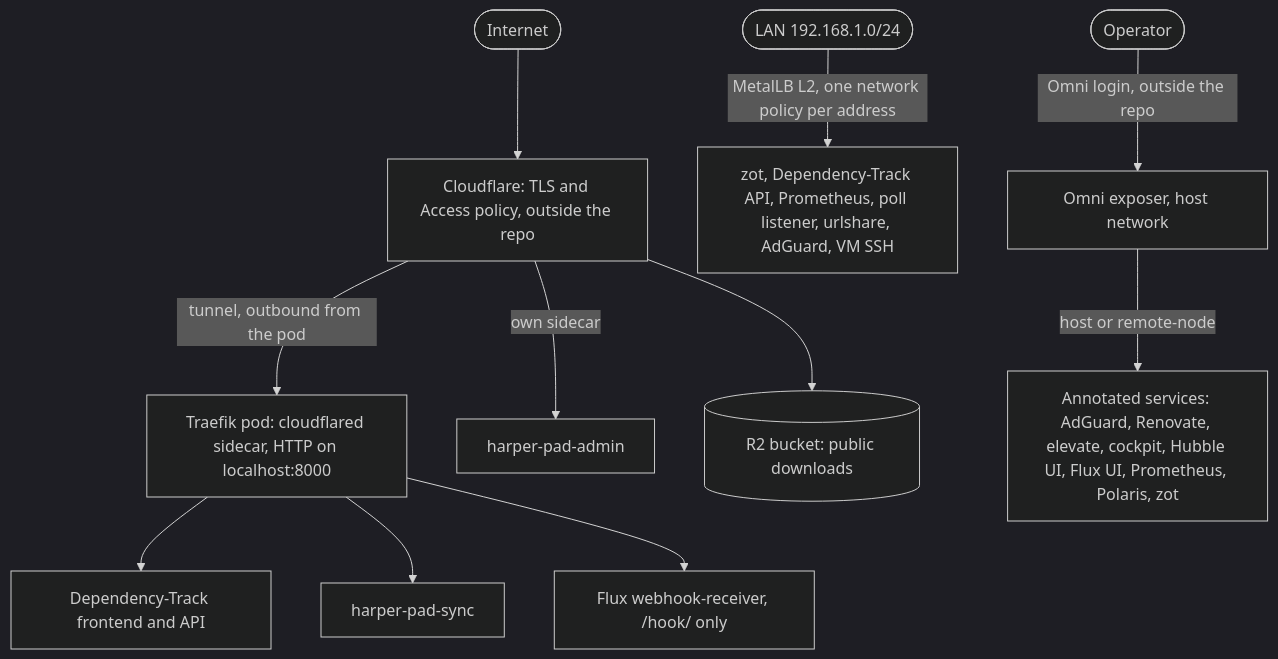
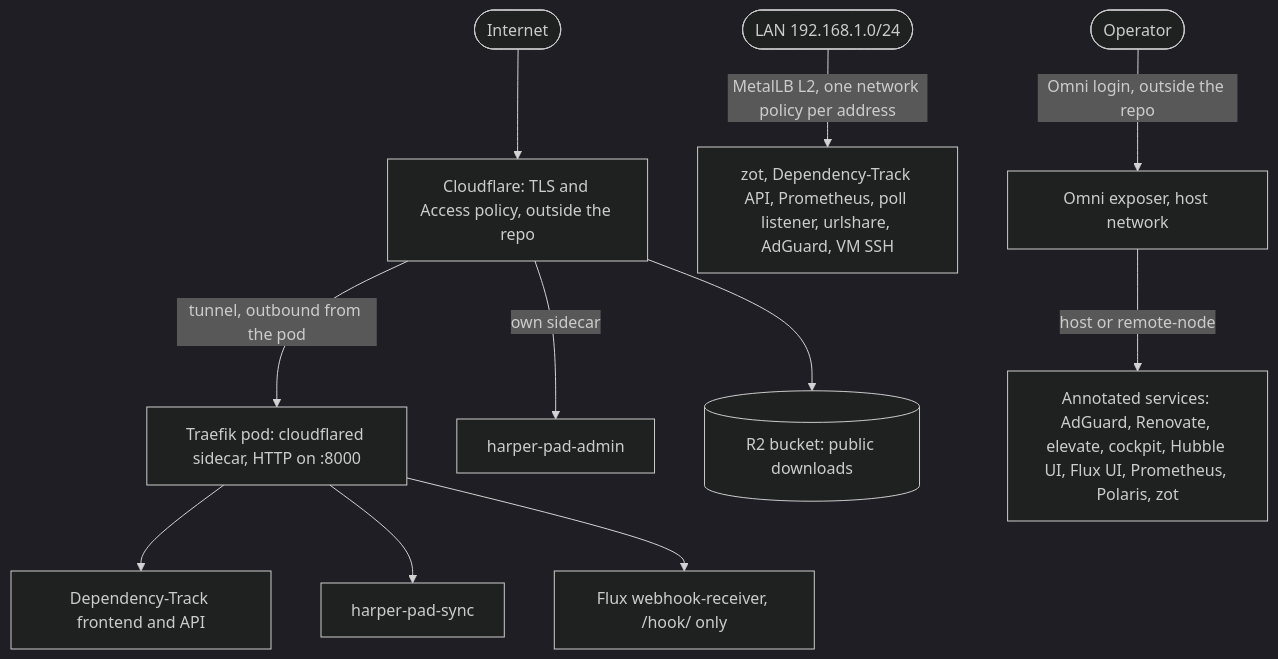
One commit to cthtrifork/talos-gitops changed the first of 3 diagrams in docs/security.md. Above: the diagram before and after it, drawn with Mermaid (dark theme). The commit also changed other lines of this file, not shown here.

````diff
--- a/docs/security.md
+++ b/docs/security.md
@@ -18,15 +18,15 @@
 ```mermaid
 flowchart TB
   net([Internet]) --> cf["Cloudflare: TLS and Access policy, outside the repo"]
-  cf -->|"tunnel, outbound from the pod"| tr["Traefik pod: cloudflared sidecar, HTTP on localhost:8000"]
+  cf -->|"tunnel, outbound from the pod"| tr["Traefik pod: cloudflared sidecar, HTTP on :8000"]
   tr --> dt["Dependency-Track frontend and API"]
   tr --> hs["harper-pad-sync"]
   tr --> fh["Flux webhook-receiver, /hook/ only"]
   cf -->|"own sidecar"| ha["harper-pad-admin"]
   cf --> r2[("R2 bucket: public downloads")]
 
   lan(["LAN 192.168.1.0/24"]) -->|"MetalLB L2, one network policy per address"| lb["zot, Dependency-Track API, Prometheus, poll listener, urlshare, AdGuard, VM SSH"]
 
   op([Operator]) -->|"Omni login, outside the repo"| ex["Omni exposer, host network"]
   ex -->|"host or remote-node"| svc["Annotated services: AdGuard, Renovate, elevate, cockpit, Hubble UI, Flux UI, Prometheus, Polaris, zot"]
 ```
````
